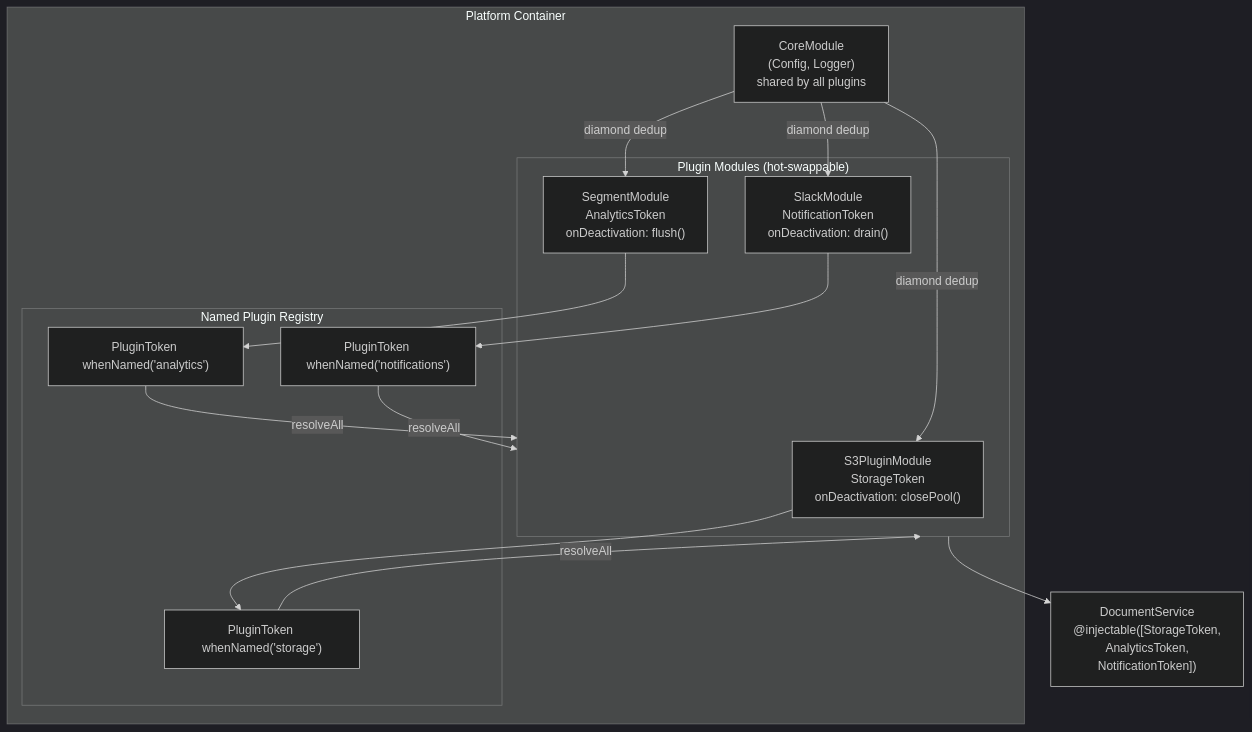
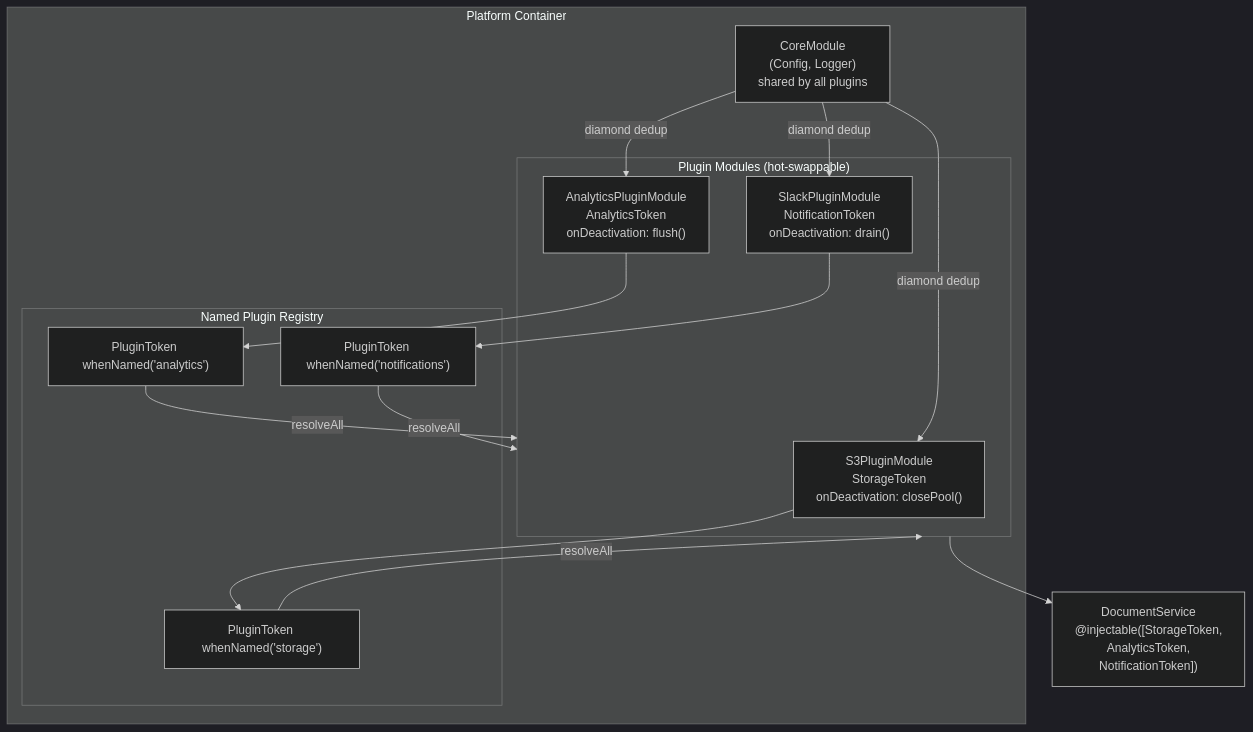
Before and after one commit to codefastlabs/codefast: the first of 2 diagrams in packages/di/examples/10-plugin-architecture/README.md, drawn with Mermaid (dark theme). The commit also changed other lines of this file and 9 other files, not shown here.

````diff
--- a/packages/di/examples/10-plugin-architecture/README.md
+++ b/packages/di/examples/10-plugin-architecture/README.md
@@ -20,27 +20,27 @@
 ```mermaid
 graph TB
     subgraph Platform["Platform Container"]
         Core["CoreModule\n(Config, Logger)\nshared by all plugins"]
 
         subgraph Plugins["Plugin Modules (hot-swappable)"]
             S3["S3PluginModule\nStorageToken\nonDeactivation: closePool()"]
-            Seg["SegmentModule\nAnalyticsToken\nonDeactivation: flush()"]
-            Slack["SlackModule\nNotificationToken\nonDeactivation: drain()"]
+            Seg["AnalyticsPluginModule\nAnalyticsToken\nonDeactivation: flush()"]
+            Slack["SlackPluginModule\nNotificationToken\nonDeactivation: drain()"]
         end
 
         subgraph Registry["Named Plugin Registry"]
             P1["PluginToken whenNamed('storage')"]
             P2["PluginToken whenNamed('analytics')"]
             P3["PluginToken whenNamed('notifications')"]
         end
     end
 
     Core -->|diamond dedup| S3 & Seg & Slack
     S3 --> P1
     Seg --> P2
     Slack --> P3
 
     Doc["DocumentService\n@injectable([StorageToken,\n  AnalyticsToken,\n  NotificationToken])"]
     P1 & P2 & P3 -->|resolveAll| Plugins
     Plugins --> Doc
 ```
````
